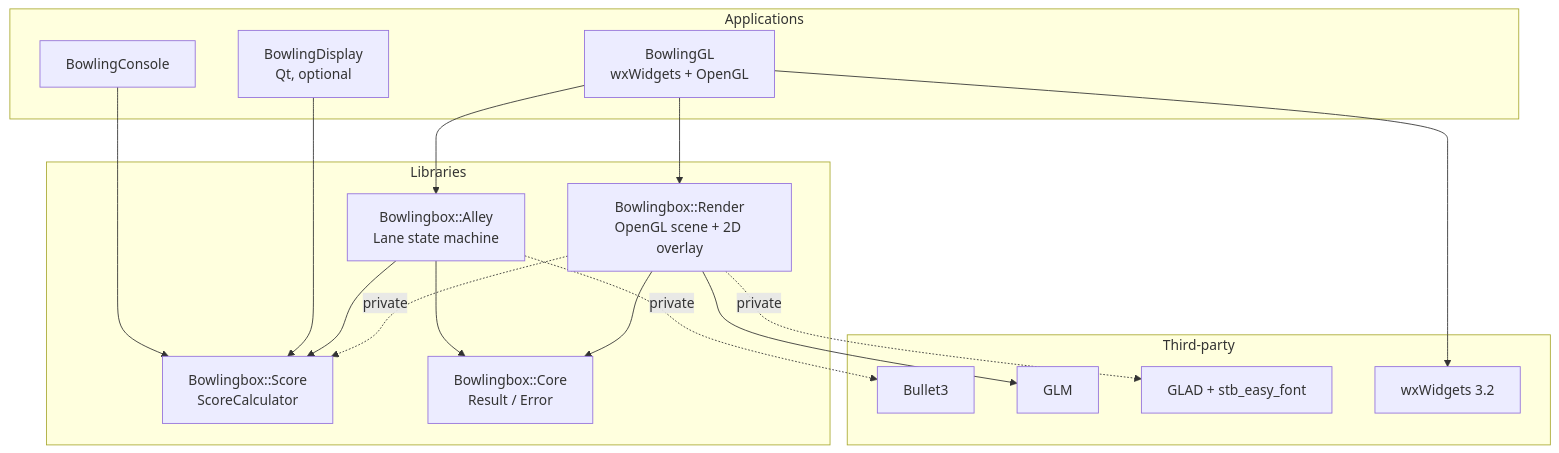
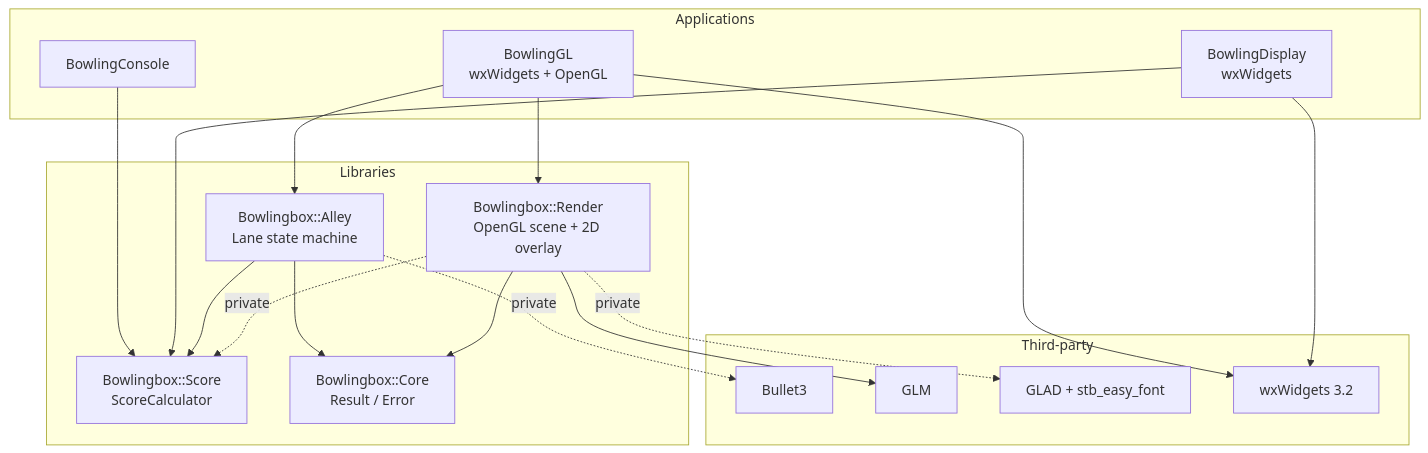
Before and after one commit to medaminben/Bowlingbox: the first of 3 diagrams in docs/ARCHITECTURE.md, drawn with Mermaid. The commit also changed other lines of this file and 4 other files, not shown here.

First line of the commit message:
docs: describe the wx BowlingDisplay and run its tests under xvfb

````diff
--- a/docs/ARCHITECTURE.md
+++ b/docs/ARCHITECTURE.md
@@ -14,33 +14,34 @@
 ```mermaid
 graph TD
     subgraph Applications
         GL[BowlingGL<br/>wxWidgets + OpenGL]
         CON[BowlingConsole]
-        QT[BowlingDisplay<br/>Qt, optional]
+        DISP[BowlingDisplay<br/>wxWidgets]
     end
     subgraph Libraries
         ALLEY[Bowlingbox::Alley<br/>Lane state machine]
         RENDER[Bowlingbox::Render<br/>OpenGL scene + 2D overlay]
         SCORE[Bowlingbox::Score<br/>ScoreCalculator]
         CORE[Bowlingbox::Core<br/>Result / Error]
     end
     subgraph Third-party
         BULLET[Bullet3]
         GLM[GLM]
         GLAD[GLAD + stb_easy_font]
         WX[wxWidgets 3.2]
     end
 
     GL --> ALLEY
     GL --> RENDER
     GL --> WX
     CON --> SCORE
-    QT --> SCORE
+    DISP --> SCORE
+    DISP --> WX
     ALLEY --> SCORE
     ALLEY --> CORE
     ALLEY -. private .-> BULLET
     RENDER --> CORE
     RENDER --> GLM
     RENDER -. private .-> SCORE
     RENDER -. private .-> GLAD
 ```
````
